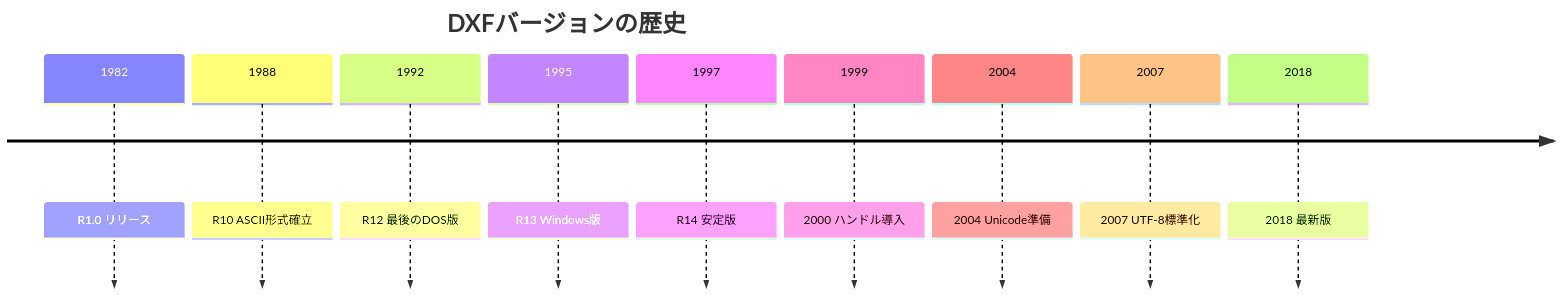
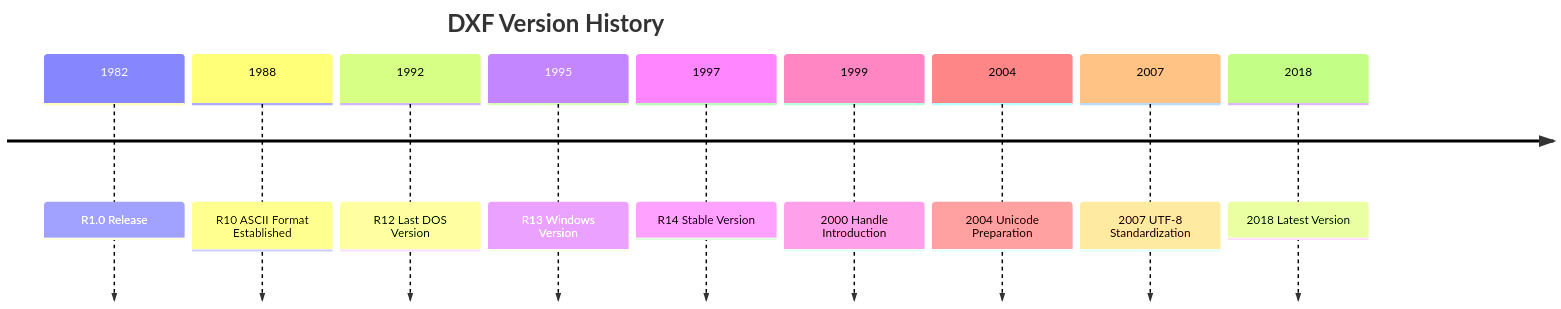
One commit to takuto-NA/dxf-standards-explained changed the diagram in docs/history-versions.md. Above: the diagram before and after it, drawn with Mermaid. The commit also changed other lines of this file and 27 other files, not shown here.

````diff
--- a/docs/history-versions.md
+++ b/docs/history-versions.md
@@ -7,13 +7,13 @@
 ```mermaid
 timeline
-    title DXFバージョンの歴史
-    1982 : R1.0 リリース
-    1988 : R10 ASCII形式確立
-    1992 : R12 最後のDOS版
-    1995 : R13 Windows版
-    1997 : R14 安定版
-    1999 : 2000 ハンドル導入
-    2004 : 2004 Unicode準備
-    2007 : 2007 UTF-8標準化
-    2018 : 2018 最新版
+    title DXF Version History
+    1982 : R1.0 Release
+    1988 : R10 ASCII Format Established
+    1992 : R12 Last DOS Version
+    1995 : R13 Windows Version
+    1997 : R14 Stable Version
+    1999 : 2000 Handle Introduction
+    2004 : 2004 Unicode Preparation
+    2007 : 2007 UTF-8 Standardization
+    2018 : 2018 Latest Version
 ```
````
